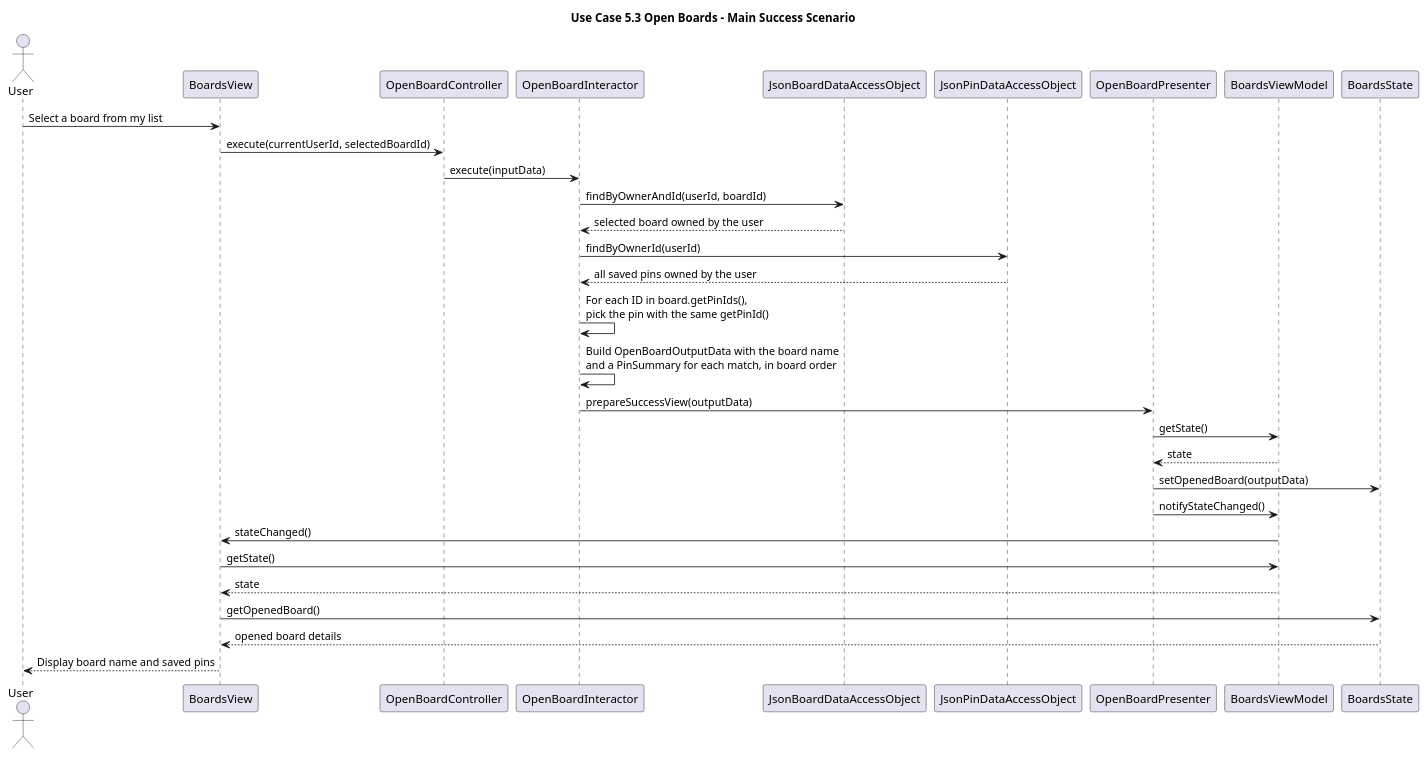
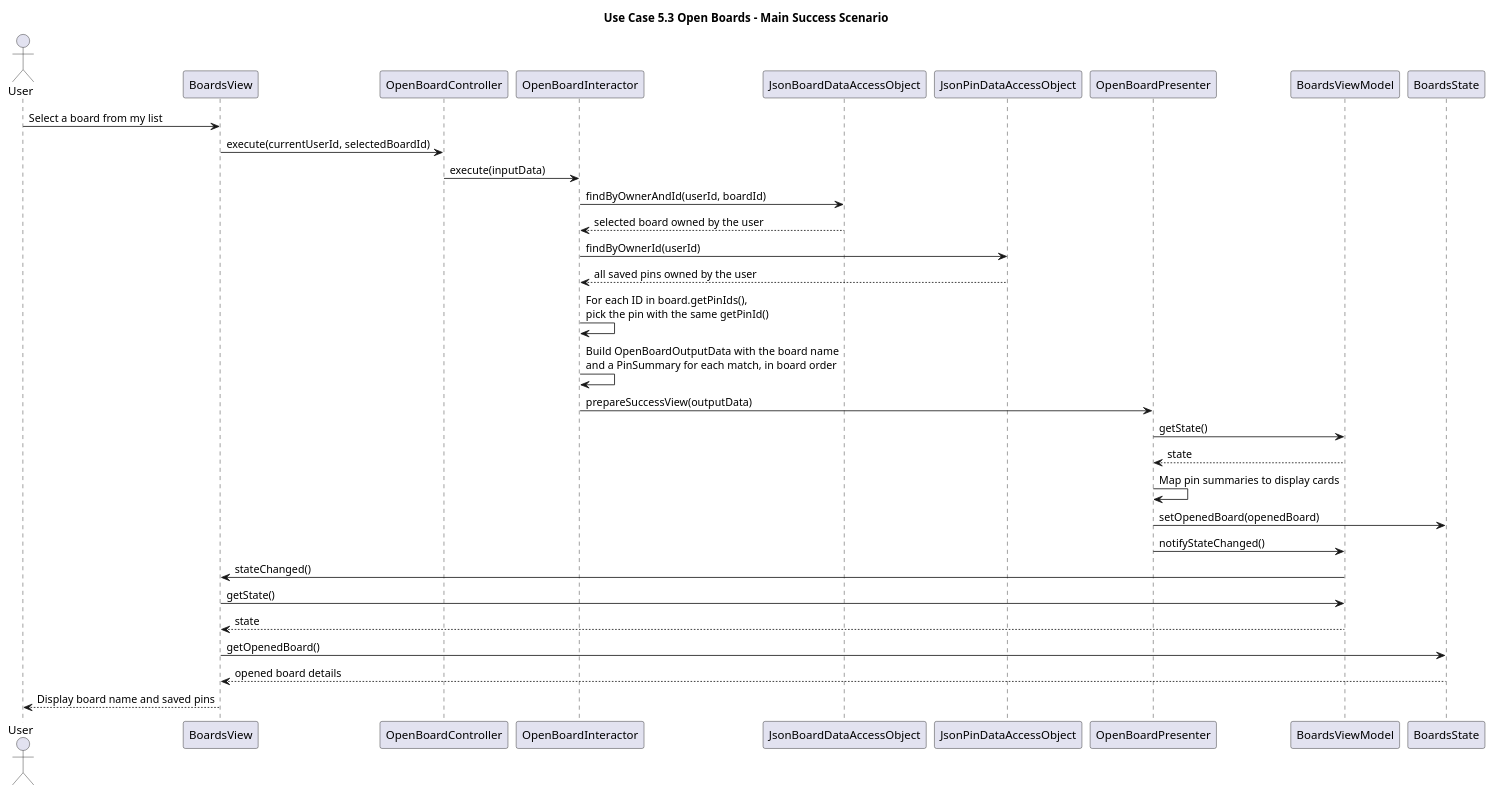
Before and after one commit to GabrielCastellon/team-project: the diagram in docs/OPEN_BOARDS_SEQUENCE.puml, drawn with PlantUML. The commit also changed 23 other files, not shown here.

Commit message:
Implement UC 5.3 Open Board with a searchable pin gallery

```diff
--- a/docs/OPEN_BOARDS_SEQUENCE.puml
+++ b/docs/OPEN_BOARDS_SEQUENCE.puml
@@ -1,40 +1,41 @@
 @startuml
 title Use Case 5.3 Open Boards - Main Success Scenario
 
 actor User
 participant BoardsView as View
 participant OpenBoardController as Controller
 participant OpenBoardInteractor as Interactor
 participant "JsonBoardDataAccessObject" as BoardDAO
 participant "JsonPinDataAccessObject" as PinDAO
 participant OpenBoardPresenter as Presenter
 participant BoardsViewModel as VM
 participant BoardsState as State
 
 User -> View : Select a board from my list
 View -> Controller : execute(currentUserId, selectedBoardId)
 Controller -> Interactor : execute(inputData)
 
 Interactor -> BoardDAO : findByOwnerAndId(userId, boardId)
 BoardDAO --> Interactor : selected board owned by the user
 Interactor -> PinDAO : findByOwnerId(userId)
 PinDAO --> Interactor : all saved pins owned by the user
 Interactor -> Interactor : For each ID in board.getPinIds(),\npick the pin with the same getPinId()
 Interactor -> Interactor : Build OpenBoardOutputData with the board name\nand a PinSummary for each match, in board order
 
 Interactor -> Presenter : prepareSuccessView(outputData)
 Presenter -> VM : getState()
 VM --> Presenter : state
-Presenter -> State : setOpenedBoard(outputData)
+Presenter -> Presenter : Map pin summaries to display cards
+Presenter -> State : setOpenedBoard(openedBoard)
 Presenter -> VM : notifyStateChanged()
 VM -> View : stateChanged()
 View -> VM : getState()
 VM --> View : state
 View -> State : getOpenedBoard()
 State --> View : opened board details
 View --> User : Display board name and saved pins
 
 ' Empty board: skip the pin lookup and present the board name with "No pins yet".
 ' Missing or unowned board: prepareBoardNotFoundView() and return to the list.
 ' Board or pin retrieval failure: prepareFailView(error).
 @enduml
```
